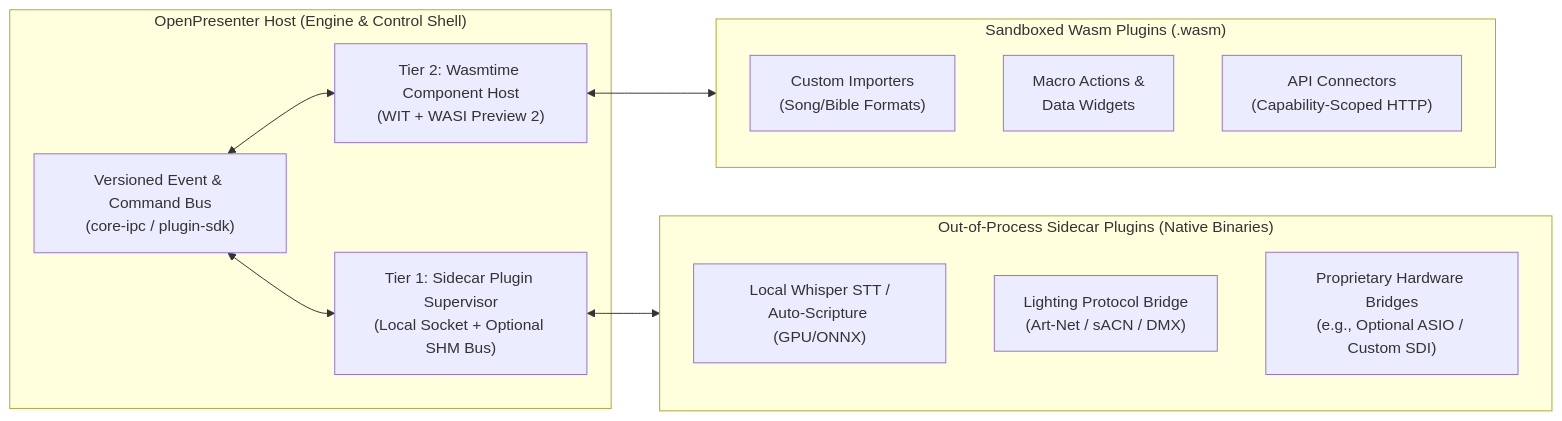
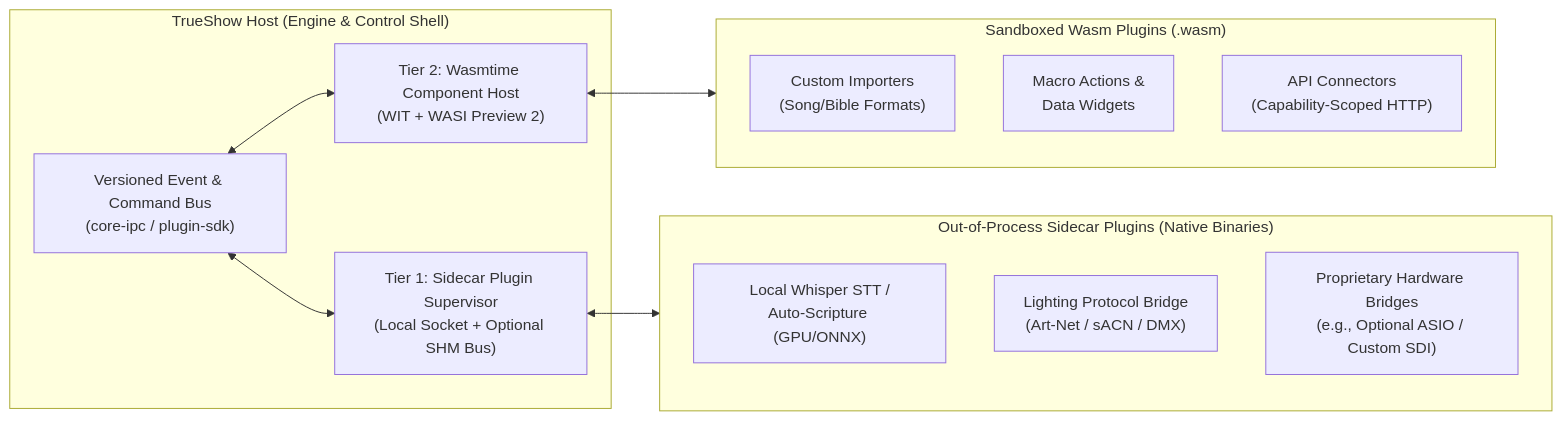
The second of 2 diagrams in docs/architecture/02-workspace-and-plugin-design.md (DevinSanders/trueshow), drawn with Mermaid before and after one commit. The commit also changed other lines of this file and 87 other files, not shown here.

Commit message:
chore: rename project from OpenPresenter to TrueShow

````diff
--- a/docs/architecture/02-workspace-and-plugin-design.md
+++ b/docs/architecture/02-workspace-and-plugin-design.md
@@ -123,23 +123,23 @@
 ```mermaid
 flowchart LR
-    subgraph CoreHost["OpenPresenter Host (Engine & Control Shell)"]
+    subgraph CoreHost["TrueShow Host (Engine & Control Shell)"]
         Bus["Versioned Event & Command Bus<br/>(core-ipc / plugin-sdk)"]
         WasmHost["Tier 2: Wasmtime Component Host<br/>(WIT + WASI Preview 2)"]
         SidecarHost["Tier 1: Sidecar Plugin Supervisor<br/>(Local Socket + Optional SHM Bus)"]
     end
 
     subgraph T2["Sandboxed Wasm Plugins (.wasm)"]
         P1["Custom Importers<br/>(Song/Bible Formats)"]
         P2["Macro Actions &<br/>Data Widgets"]
         P3["API Connectors<br/>(Capability-Scoped HTTP)"]
     end
 
     subgraph T1["Out-of-Process Sidecar Plugins (Native Binaries)"]
         S1["Local Whisper STT /<br/>Auto-Scripture (GPU/ONNX)"]
         S2["Lighting Protocol Bridge<br/>(Art-Net / sACN / DMX)"]
         S3["Proprietary Hardware Bridges<br/>(e.g., Optional ASIO / Custom SDI)"]
     end
 
     Bus <--> WasmHost <--> T2
     Bus <--> SidecarHost <--> T1
 ```
````
